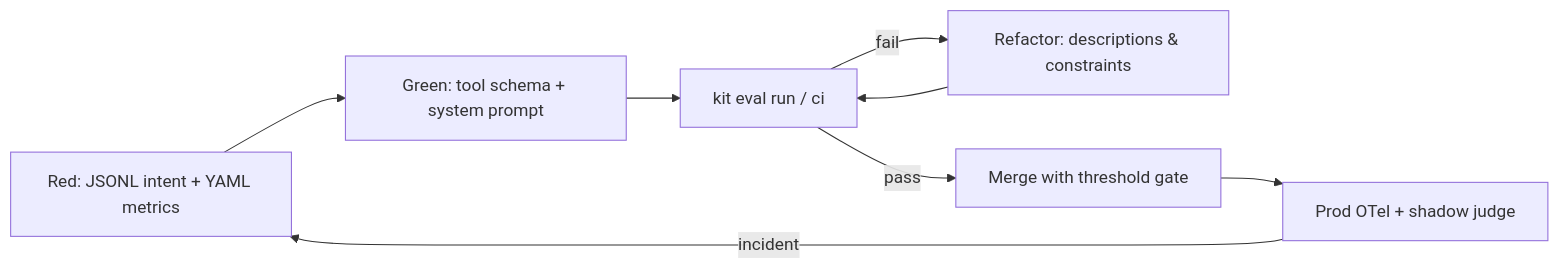
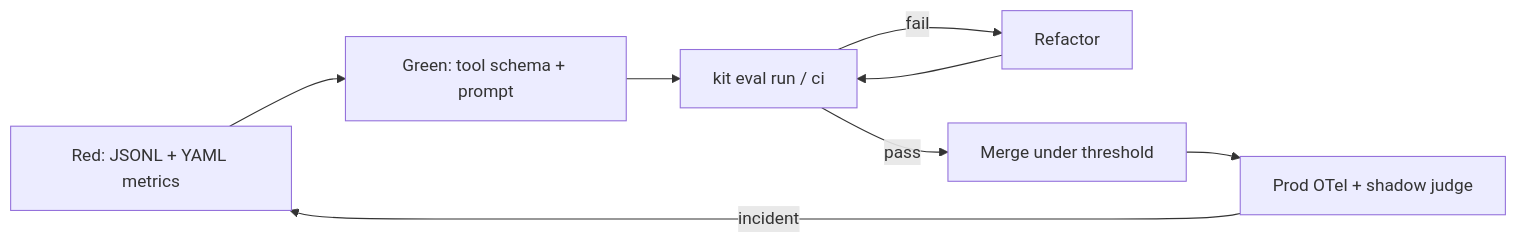
Before and after one commit to mzworthington/agent-lifecycle-kit: the diagram in docs/edd.md, drawn with Mermaid. The commit also changed other lines of this file and 25 other files, not shown here.

````diff
--- a/docs/edd.md
+++ b/docs/edd.md
@@ -15,10 +15,10 @@
 ```mermaid
 flowchart LR
-  red[Red: JSONL intent + YAML metrics] --> green[Green: tool schema + system prompt]
+  red[Red: JSONL + YAML metrics] --> green[Green: tool schema + prompt]
   green --> run[kit eval run / ci]
-  run -->|fail| refine[Refactor: descriptions & constraints]
+  run -->|fail| refine[Refactor]
   refine --> run
-  run -->|pass| ship[Merge with threshold gate]
+  run -->|pass| ship[Merge under threshold]
   ship --> prod[Prod OTel + shadow judge]
   prod -->|incident| red
 ```
````
